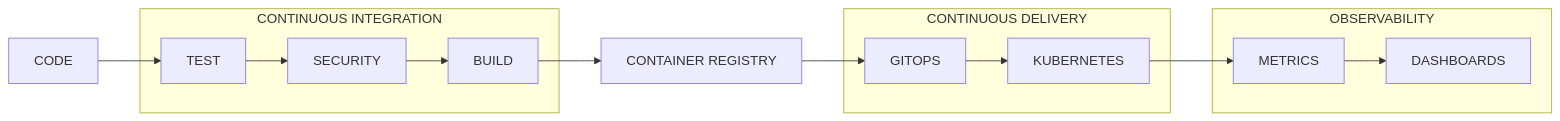
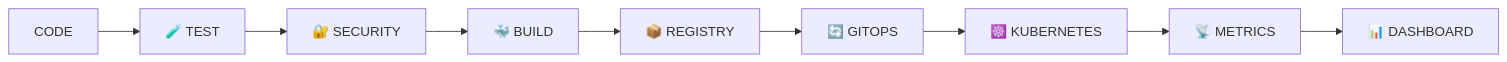
One commit to harshithrosun2705-star/harshithrosun2705-star changed the sixth of 7 diagrams in README.md. Above: the diagram before and after it, drawn with Mermaid. The commit also changed other lines of this file, not shown here.

````diff
--- a/README.md
+++ b/README.md
@@ -833,35 +944,23 @@
 ```mermaid
 flowchart LR
 
     CODE["</> CODE"]
 
-    subgraph CI["CONTINUOUS INTEGRATION"]
-        TEST["TEST"]
-        SCAN["SECURITY"]
-        BUILD["BUILD"]
-    end
-
-    REG["CONTAINER REGISTRY"]
-
-    subgraph CD["CONTINUOUS DELIVERY"]
-        GITOPS["GITOPS"]
-        K8S["KUBERNETES"]
-    end
-
-    subgraph OBS["OBSERVABILITY"]
-        METRICS["METRICS"]
-        DASH["DASHBOARDS"]
-    end
+    TEST["🧪 TEST"]
+    SECURITY["🔐 SECURITY"]
+    BUILD["🐳 BUILD"]
+    REGISTRY["📦 REGISTRY"]
+    GITOPS["🔄 GITOPS"]
+    K8S["☸️ KUBERNETES"]
+    METRICS["📡 METRICS"]
+    DASH["📊 DASHBOARD"]
 
     CODE --> TEST
-    TEST --> SCAN
-    SCAN --> BUILD
-
-    BUILD --> REG
-
-    REG --> GITOPS
+    TEST --> SECURITY
+    SECURITY --> BUILD
+    BUILD --> REGISTRY
+    REGISTRY --> GITOPS
     GITOPS --> K8S
-
     K8S --> METRICS
     METRICS --> DASH
 ```
````
